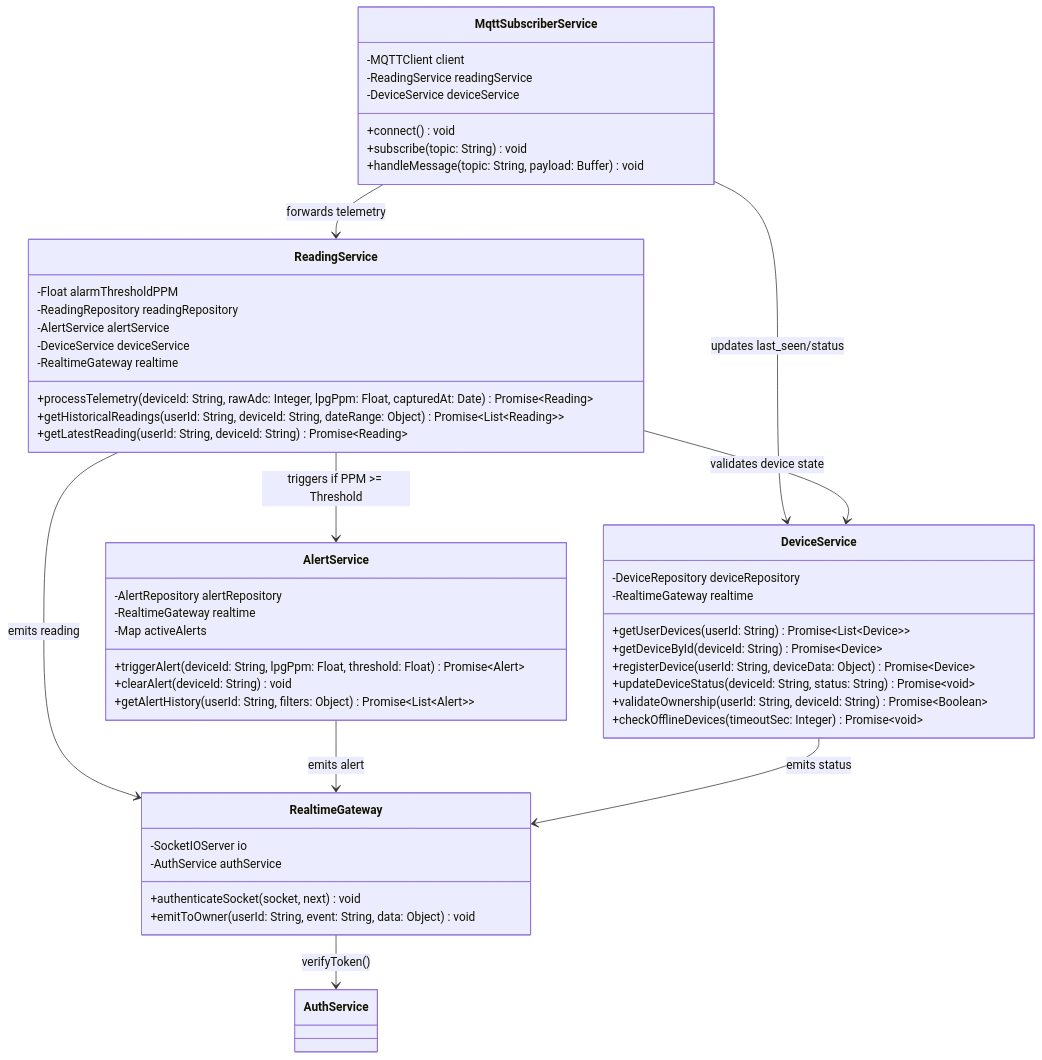
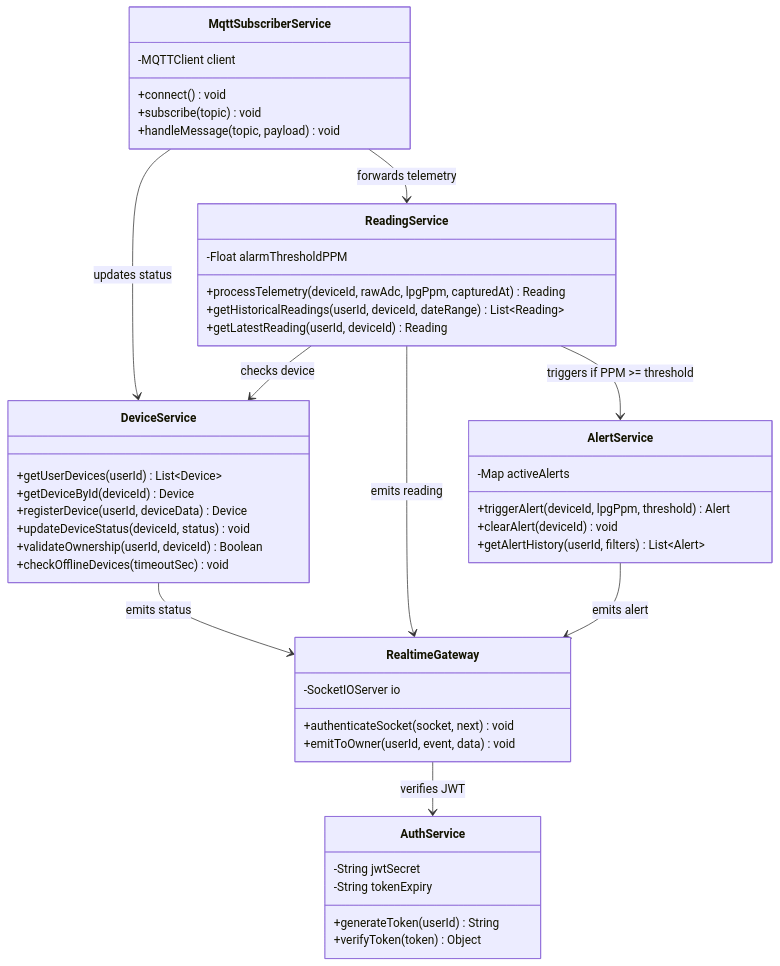
The second of 2 diagrams in docs/stage-3-Mermaid-UML-Class-Diagram.md (abdularhman2341/air-quality-monitoring-system), drawn with Mermaid before and after one commit. The commit also changed other lines of this file, not shown here.

Commit message:
Redesign class diagram around domain models

````diff
--- a/docs/stage-3-Mermaid-UML-Class-Diagram.md
+++ b/docs/stage-3-Mermaid-UML-Class-Diagram.md
@@ -136,62 +100,56 @@
 ```mermaid
 classDiagram
     direction TB
 
     class MqttSubscriberService {
         -MQTTClient client
-        -ReadingService readingService
-        -DeviceService deviceService
         +connect() void
-        +subscribe(topic: String) void
-        +handleMessage(topic: String, payload: Buffer) void
+        +subscribe(topic) void
+        +handleMessage(topic, payload) void
     }
 
     class DeviceService {
-        -DeviceRepository deviceRepository
-        -RealtimeGateway realtime
-        +getUserDevices(userId: String) Promise~List~Device~~
-        +getDeviceById(deviceId: String) Promise~Device~
-        +registerDevice(userId: String, deviceData: Object) Promise~Device~
-        +updateDeviceStatus(deviceId: String, status: String) Promise~void~
-        +validateOwnership(userId: String, deviceId: String) Promise~Boolean~
-        +checkOfflineDevices(timeoutSec: Integer) Promise~void~
+        +getUserDevices(userId) List~Device~
+        +getDeviceById(deviceId) Device
+        +registerDevice(userId, deviceData) Device
+        +updateDeviceStatus(deviceId, status) void
+        +validateOwnership(userId, deviceId) Boolean
+        +checkOfflineDevices(timeoutSec) void
     }
 
     class ReadingService {
         -Float alarmThresholdPPM
-        -ReadingRepository readingRepository
-        -AlertService alertService
-        -DeviceService deviceService
-        -RealtimeGateway realtime
-        +processTelemetry(deviceId: String, rawAdc: Integer, lpgPpm: Float, capturedAt: Date) Promise~Reading~
-        +getHistoricalReadings(userId: String, deviceId: String, dateRange: Object) Promise~List~Reading~~
-        +getLatestReading(userId: String, deviceId: String) Promise~Reading~
+        +processTelemetry(deviceId, rawAdc, lpgPpm, capturedAt) Reading
+        +getHistoricalReadings(userId, deviceId, dateRange) List~Reading~
+        +getLatestReading(userId, deviceId) Reading
     }
 
     class AlertService {
-        -AlertRepository alertRepository
-        -RealtimeGateway realtime
         -Map activeAlerts
-        +triggerAlert(deviceId: String, lpgPpm: Float, threshold: Float) Promise~Alert~
-        +clearAlert(deviceId: String) void
-        +getAlertHistory(userId: String, filters: Object) Promise~List~Alert~~
+        +triggerAlert(deviceId, lpgPpm, threshold) Alert
+        +clearAlert(deviceId) void
+        +getAlertHistory(userId, filters) List~Alert~
     }
 
-    class AuthService
+    class AuthService {
+        -String jwtSecret
+        -String tokenExpiry
+        +generateToken(userId) String
+        +verifyToken(token) Object
+    }
 
     class RealtimeGateway {
         -SocketIOServer io
-        -AuthService authService
         +authenticateSocket(socket, next) void
-        +emitToOwner(userId: String, event: String, data: Object) void
+        +emitToOwner(userId, event, data) void
     }
 
+    MqttSubscriberService --> DeviceService : updates status
     MqttSubscriberService --> ReadingService : forwards telemetry
-    MqttSubscriberService --> DeviceService : updates last_seen/status
-    ReadingService --> AlertService : triggers if PPM >= Threshold
-    ReadingService --> DeviceService : validates device state
+    ReadingService --> AlertService : triggers if PPM >= threshold
+    ReadingService --> DeviceService : checks device
+    DeviceService --> RealtimeGateway : emits status
     ReadingService --> RealtimeGateway : emits reading
     AlertService --> RealtimeGateway : emits alert
-    DeviceService --> RealtimeGateway : emits status
-    RealtimeGateway --> AuthService : verifyToken()
+    RealtimeGateway --> AuthService : verifies JWT
 ```
````
